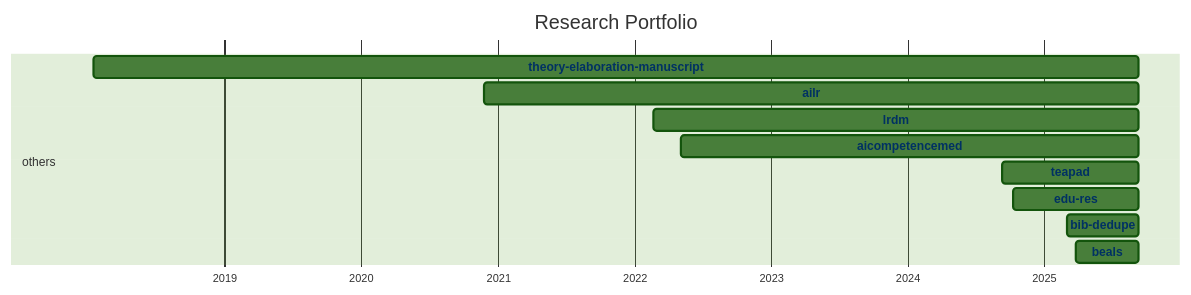
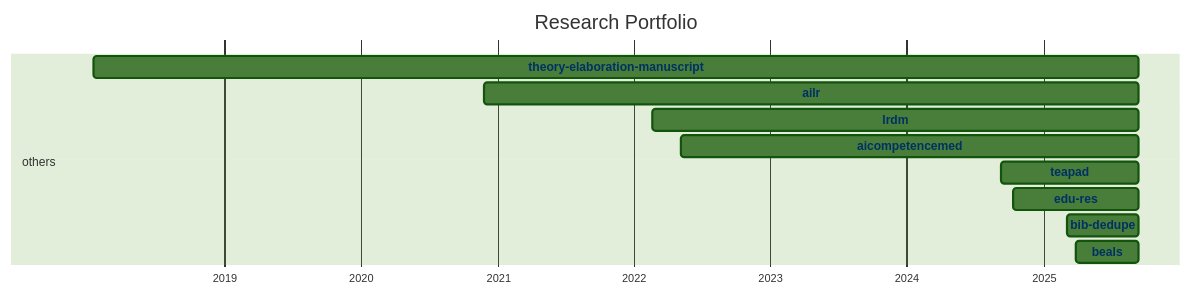
The diagram in docs/20-research/25-projects-gantt.md (digital-work-lab/handbook), drawn with Mermaid (forest theme) before and after one commit.

Commit message:
Update repository overview

````diff
--- a/docs/20-research/25-projects-gantt.md
+++ b/docs/20-research/25-projects-gantt.md
@@ -8,35 +8,35 @@
 ```mermaid
 ---
 displayMode: compact
 ---
 gantt
 title Research Portfolio
 dateFormat YYYY-MM-DD
 axisFormat %Y
 
     section work_practices
 
     section distributed_organizing
 
     section knowledge_synthesis
 
     section others
-        beals :beals, 2025-03-28, 2025-09-11
-        bib-dedupe :bib-dedupe, 2025-03-04, 2025-09-11
-        edu-res :edu-res, 2024-10-10, 2025-09-11
-        teapad :teapad, 2024-09-10, 2025-09-11
-        aicompetencemed :aicompetencemed, 2022-05-06, 2025-09-11
-        lrdm :lrdm, 2022-02-20, 2025-09-11
-        ailr :ailr, 2020-11-26, 2025-09-11
-        theory-elaboration-manuscript :theory-elaboration-manuscript, 2018-01-15, 2025-09-11
+        beals :beals, 2025-03-28, 2025-09-12
+        bib-dedupe :bib-dedupe, 2025-03-04, 2025-09-12
+        edu-res :edu-res, 2024-10-10, 2025-09-12
+        teapad :teapad, 2024-09-10, 2025-09-12
+        aicompetencemed :aicompetencemed, 2022-05-06, 2025-09-12
+        lrdm :lrdm, 2022-02-20, 2025-09-12
+        ailr :ailr, 2020-11-26, 2025-09-12
+        theory-elaboration-manuscript :theory-elaboration-manuscript, 2018-01-15, 2025-09-12
 
 
     click beals href "{{ site.baseurl }}/docs/10-lab/18-resources/beals.html"
     click bib-dedupe href "{{ site.baseurl }}/docs/10-lab/18-resources/bib-dedupe.html"
     click edu-res href "{{ site.baseurl }}/docs/10-lab/18-resources/edu-res.html"
     click teapad href "{{ site.baseurl }}/docs/10-lab/18-resources/teapad.html"
     click aicompetencemed href "{{ site.baseurl }}/docs/10-lab/18-resources/aicompetencemed.html"
     click lrdm href "{{ site.baseurl }}/docs/10-lab/18-resources/lrdm.html"
     click ailr href "{{ site.baseurl }}/docs/10-lab/18-resources/ailr.html"
     click theory-elaboration-manuscript href "{{ site.baseurl }}/docs/10-lab/18-resources/theory-elaboration-manuscript.html"
 ```
````
